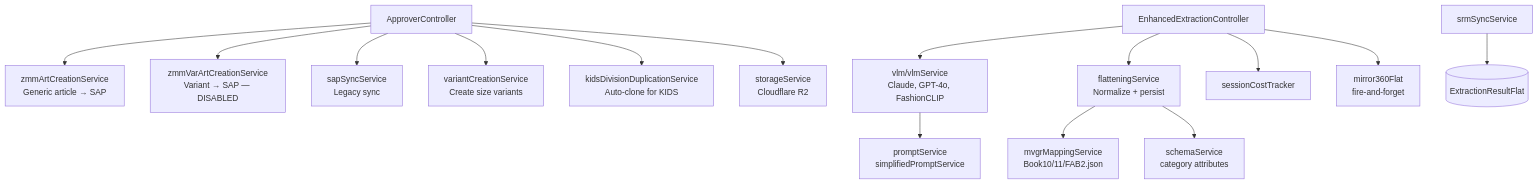
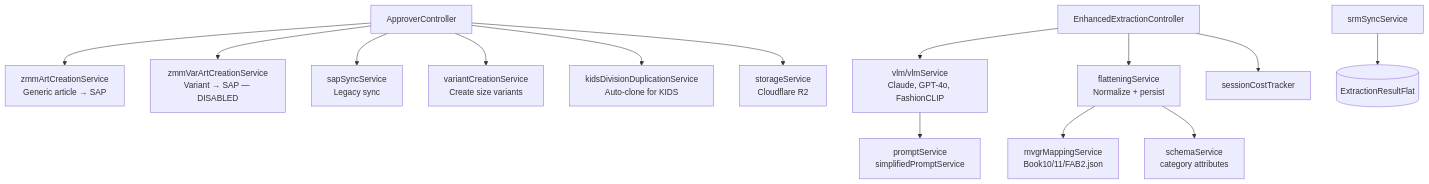
The second of 2 diagrams in docs/12 - Backend Architecture.md (uditmalik1998/Article-Creation), drawn with Mermaid before and after one commit. The commit also changed other lines of this file and 13 other files, not shown here.

````diff
--- a/docs/12 - Backend Architecture.md
+++ b/docs/12 - Backend Architecture.md
@@ -45,20 +45,19 @@
 ```mermaid
 flowchart TD
     CTRL[ApproverController] --> SAP1[zmmArtCreationService\nGeneric article → SAP]
     CTRL --> SAP2[zmmVarArtCreationService\nVariant → SAP — DISABLED]
     CTRL --> SAPL[sapSyncService\nLegacy sync]
     CTRL --> VAR[variantCreationService\nCreate size variants]
     CTRL --> KIDS[kidsDivisionDuplicationService\nAuto-clone for KIDS]
     CTRL --> STORE[storageService\nCloudflare R2]
 
     EXTR[EnhancedExtractionController] --> VLM[vlm/vlmService\nClaude, GPT-4o, FashionCLIP]
     EXTR --> FLAT[flatteningService\nNormalize + persist]
     EXTR --> COST[sessionCostTracker]
-    EXTR --> MIRROR[mirror360Flat\nfire-and-forget]
 
     SRM[srmSyncService] --> EXTRFLAT[(ExtractionResultFlat)]
 
     VLM --> PROM[promptService\nsimplifiedPromptService]
     FLAT --> MVGR[mvgrMappingService\nBook10/11/FAB2.json]
     FLAT --> SCHEMA[schemaService\ncategory attributes]
 ```
````
